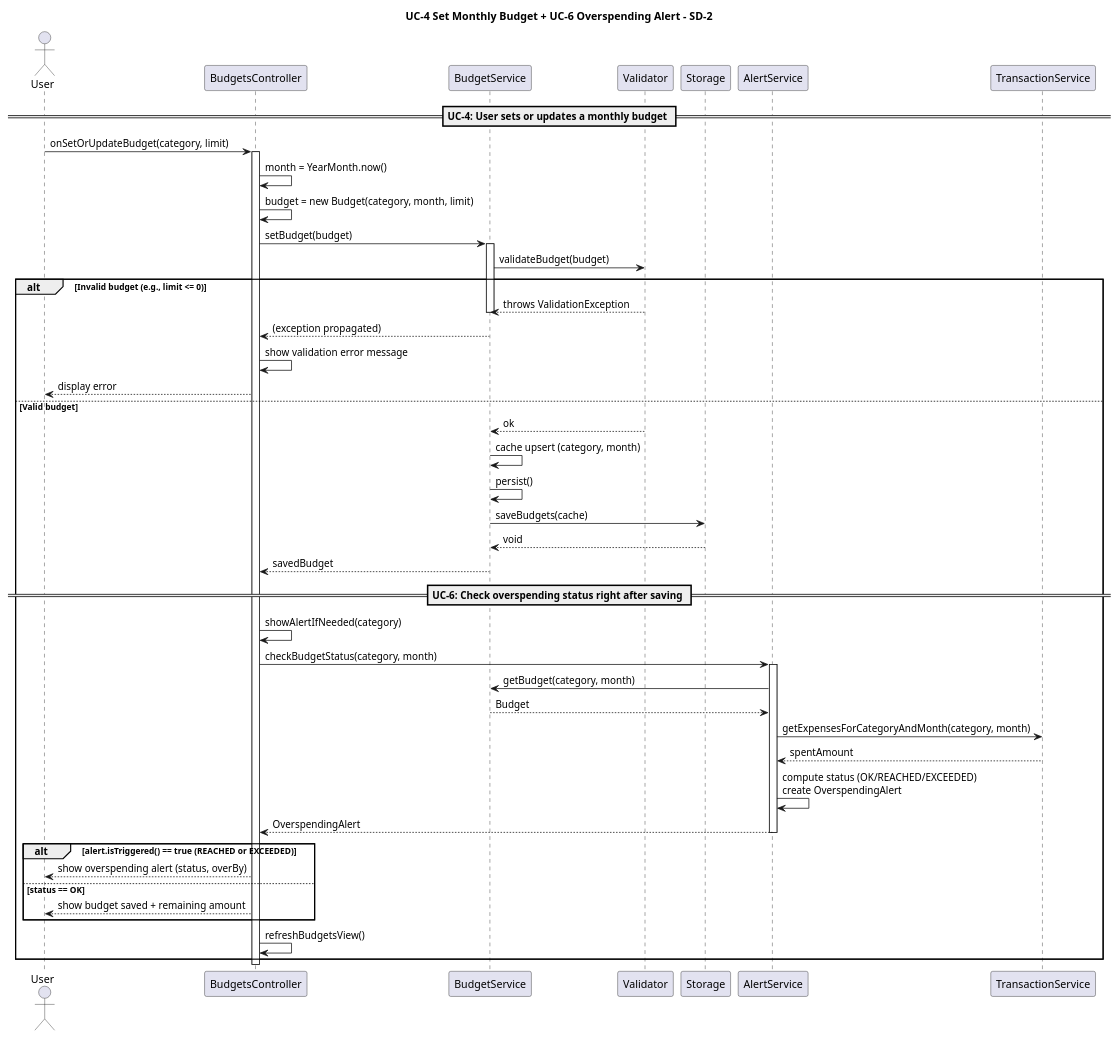
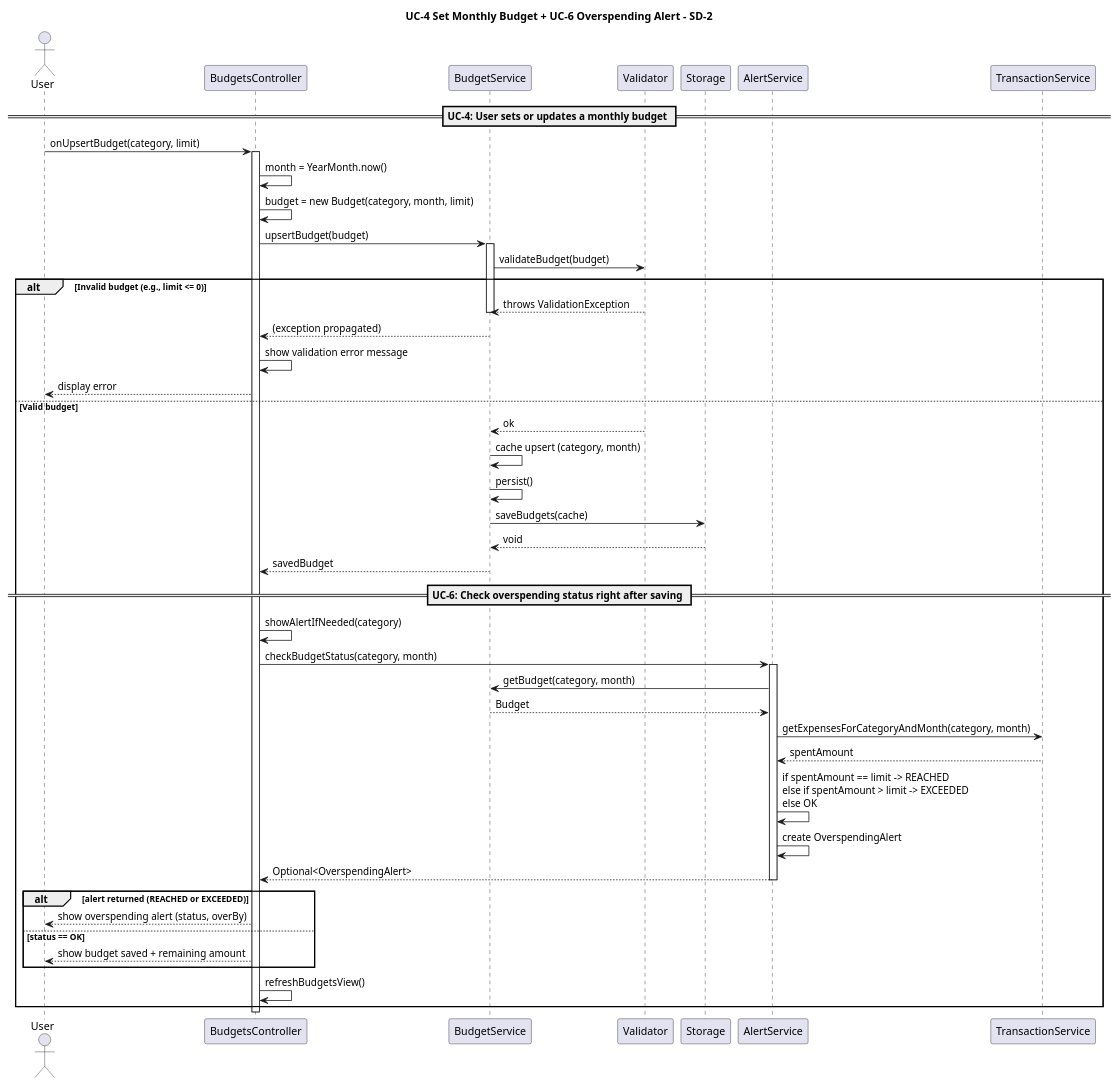
One commit to mohsenpasdar/smartbudget changed the diagram in docs/diagrams/sequence diagrams/sd2 UC-4 Set Monthly Budget + UC-6 Alert Check.puml. Above: the diagram before and after it, drawn with PlantUML. The commit also changed 9 other files, not shown here.

Commit message:
make sequence diagrams consistent with other diagrams and update png files

```diff
--- a/docs/diagrams/sequence diagrams/sd2 UC-4 Set Monthly Budget + UC-6 Alert Check.puml
+++ b/docs/diagrams/sequence diagrams/sd2 UC-4 Set Monthly Budget + UC-6 Alert Check.puml
@@ -1,73 +1,74 @@
 @startuml
 title UC-4 Set Monthly Budget + UC-6 Overspending Alert - SD-2
 
 actor User
 participant "BudgetsController" as BC
 participant "BudgetService" as BS
 participant "Validator" as V
 participant "Storage" as ST
 participant "AlertService" as AS
 participant "TransactionService" as TS
 
 == UC-4: User sets or updates a monthly budget ==
-User -> BC : onSetOrUpdateBudget(category, limit)
+User -> BC : onUpsertBudget(category, limit)
 activate BC
 
 ' Controller decides which month this budget applies to (typically current month)
 BC -> BC : month = YearMonth.now()
 BC -> BC : budget = new Budget(category, month, limit)
 
-BC -> BS : setBudget(budget)
+BC -> BS : upsertBudget(budget)
 activate BS
 
 ' BudgetService validates inputs using Validator (per Diagram B)
 BS -> V : validateBudget(budget)
 
 alt Invalid budget (e.g., limit <= 0)
   V --> BS : throws ValidationException
   deactivate BS
   BS --> BC : (exception propagated)
   BC -> BC : show validation error message
   BC --> User : display error
 else Valid budget
   V --> BS : ok
 
   ' Update service state: cache contains List<Budget>
   BS -> BS : cache upsert (category, month)
 
   ' Persist the updated cache to Storage
   BS -> BS : persist()
   BS -> ST : saveBudgets(cache)
   ST --> BS : void
 
   BS --> BC : savedBudget
   deactivate BS
 
   == UC-6: Check overspending status right after saving ==
   BC -> BC : showAlertIfNeeded(category)
 
   BC -> AS : checkBudgetStatus(category, month)
   activate AS
 
   ' AlertService reads the saved budget and the current spending
   AS -> BS : getBudget(category, month)
   BS --> AS : Budget
 
   AS -> TS : getExpensesForCategoryAndMonth(category, month)
   TS --> AS : spentAmount
 
-  AS -> AS : compute status (OK/REACHED/EXCEEDED)\ncreate OverspendingAlert
-  AS --> BC : OverspendingAlert
+  AS -> AS : if spentAmount == limit -> REACHED\nelse if spentAmount > limit -> EXCEEDED\nelse OK
+  AS -> AS : create OverspendingAlert
+  AS --> BC : Optional<OverspendingAlert>
   deactivate AS
 
-  alt alert.isTriggered() == true (REACHED or EXCEEDED)
+  alt alert returned (REACHED or EXCEEDED)
     BC --> User : show overspending alert (status, overBy)
   else status == OK
     BC --> User : show budget saved + remaining amount
   end
 
   BC -> BC : refreshBudgetsView()
 end
 
 deactivate BC
 @enduml
```
